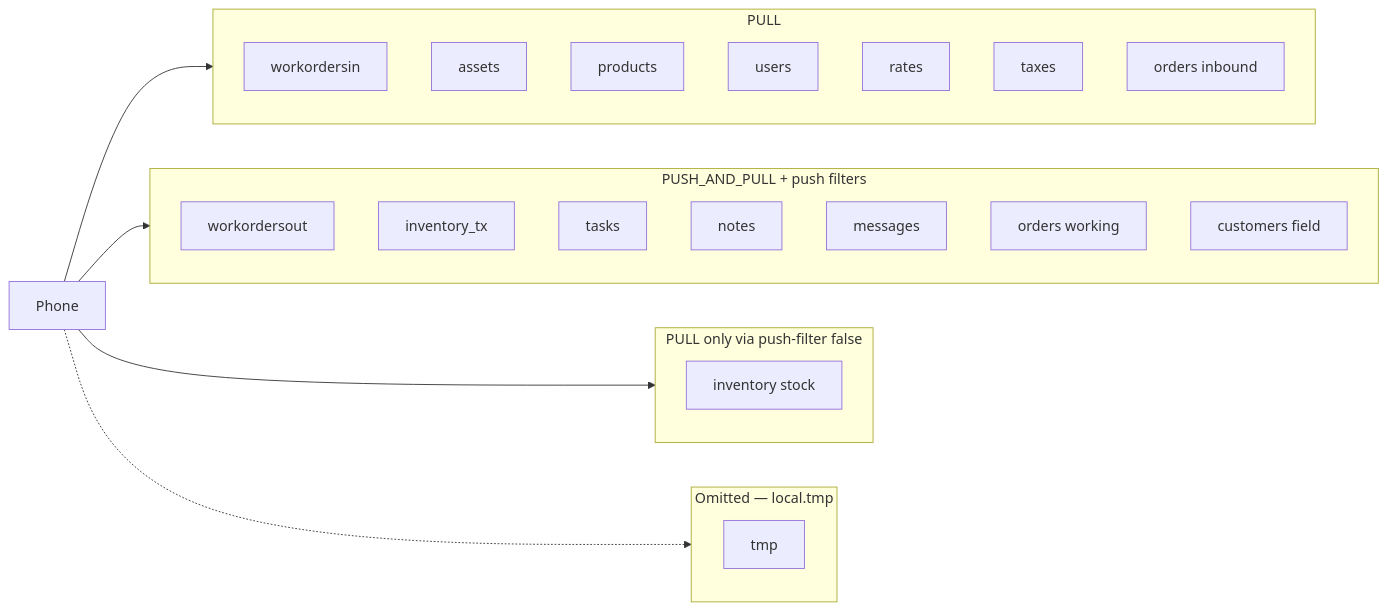
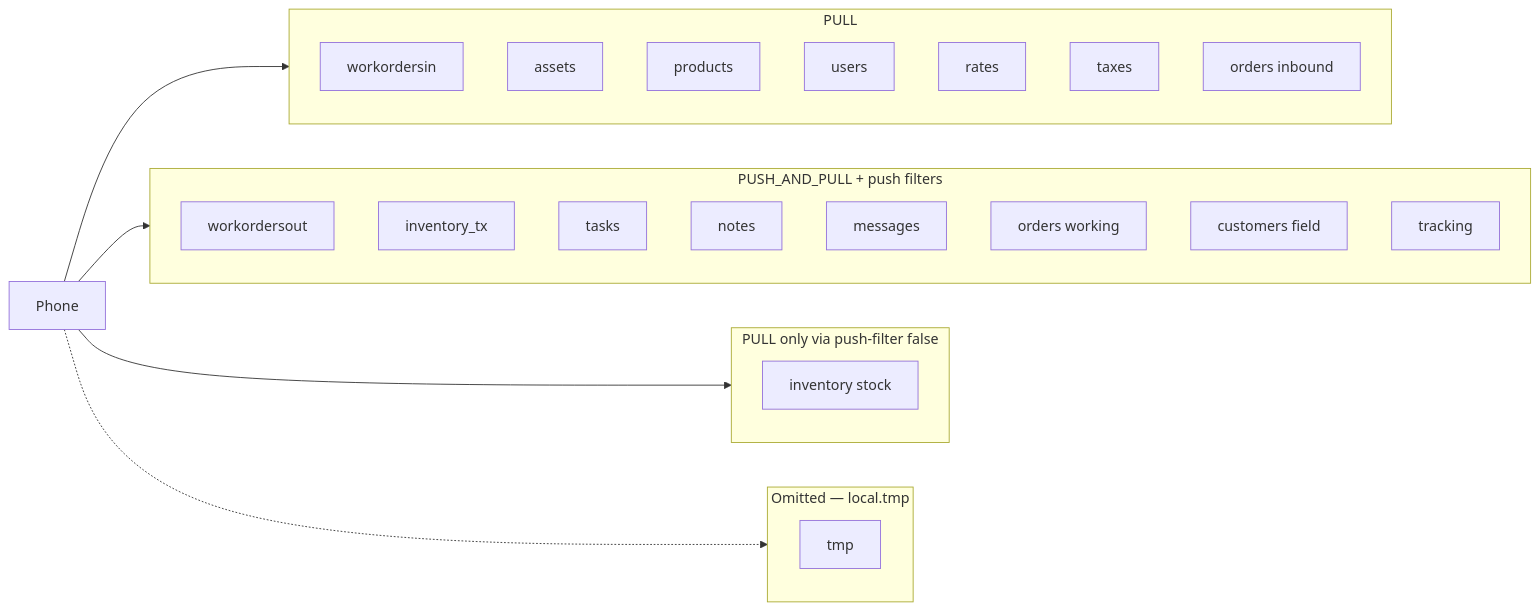
The fifth of 5 diagrams in docs/DESIGN.md (Fujio-Turner/mobile_field_service), drawn with Mermaid before and after one commit. The commit also changed other lines of this file and 28 other files, not shown here.

````diff
--- a/docs/DESIGN.md
+++ b/docs/DESIGN.md
@@ -1741,31 +1832,32 @@
 ```mermaid
 flowchart LR
   subgraph pullOnly["PULL"]
     woin[workordersin]
     ast[assets]
     prd[products]
     usr[users]
     rate[rates]
     tax[taxes]
     ordin[orders inbound]
   end
   subgraph both["PUSH_AND_PULL + push filters"]
     woout[workordersout]
     invtx[inventory_tx]
     tsk[tasks]
     nte[notes]
     msg[messages]
     ord[orders working]
     cusf[customers field]
+    track[tracking]
   end
   subgraph stockPull["PULL only via push-filter false"]
     inv[inventory stock]
   end
   subgraph none["Omitted — local.tmp"]
     tmp[tmp]
   end
   Phone --> pullOnly
   Phone --> both
   Phone --> stockPull
   Phone -.-> none
 ```
````
